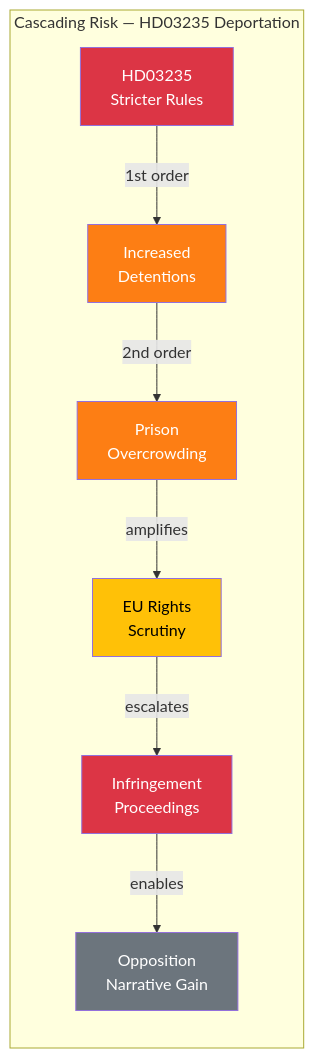
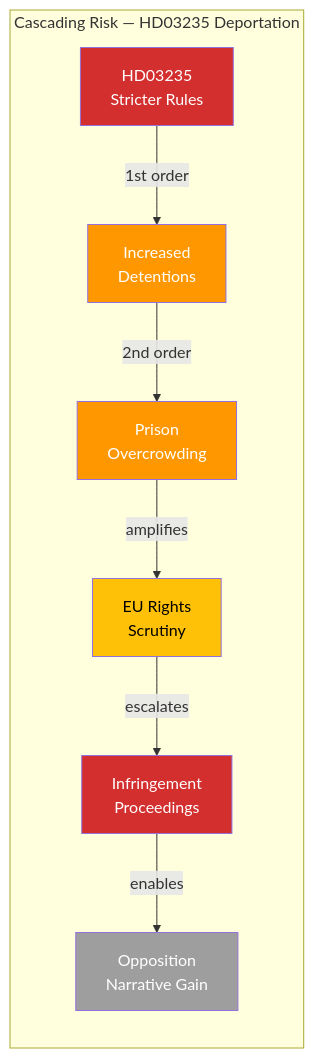
The second of 2 diagrams in analysis/daily/2026-04-03/propositions/risk-assessment.md (Hack23/riksdagsmonitor), drawn with Mermaid before and after one commit. The commit also changed 785 other files, not shown here.

First line of the commit message:
Normalize mermaid colors across 786 analysis artifacts to ISMS Style Guide palette

````diff
--- a/analysis/daily/2026-04-03/propositions/risk-assessment.md
+++ b/analysis/daily/2026-04-03/propositions/risk-assessment.md
@@ -73,22 +73,22 @@
 ```mermaid
 graph LR
     subgraph "Cascading Risk — HD03235 Deportation"
         TRIGGER["HD03235<br/>Stricter Rules"]
         R3_1["Increased<br/>Detentions"]
         R3_2["Prison<br/>Overcrowding"]
         R2_1["EU Rights<br/>Scrutiny"]
         R2_2["Infringement<br/>Proceedings"]
         OPP["Opposition<br/>Narrative Gain"]
     end
     TRIGGER -->|"1st order"| R3_1
     R3_1 -->|"2nd order"| R3_2
     R3_2 -->|"amplifies"| R2_1
     R2_1 -->|"escalates"| R2_2
     R2_2 -->|"enables"| OPP
-    style TRIGGER fill:#dc3545,color:#fff
-    style R3_1 fill:#fd7e14,color:#fff
-    style R3_2 fill:#fd7e14,color:#fff
-    style R2_1 fill:#ffc107,color:#000
-    style R2_2 fill:#dc3545,color:#fff
-    style OPP fill:#6c757d,color:#fff
+    style TRIGGER fill:#D32F2F,color:#FFFFFF
+    style R3_1 fill:#FF9800,color:#FFFFFF
+    style R3_2 fill:#FF9800,color:#FFFFFF
+    style R2_1 fill:#FFC107,color:#000000
+    style R2_2 fill:#D32F2F,color:#FFFFFF
+    style OPP fill:#9E9E9E,color:#FFFFFF
 ```
````
